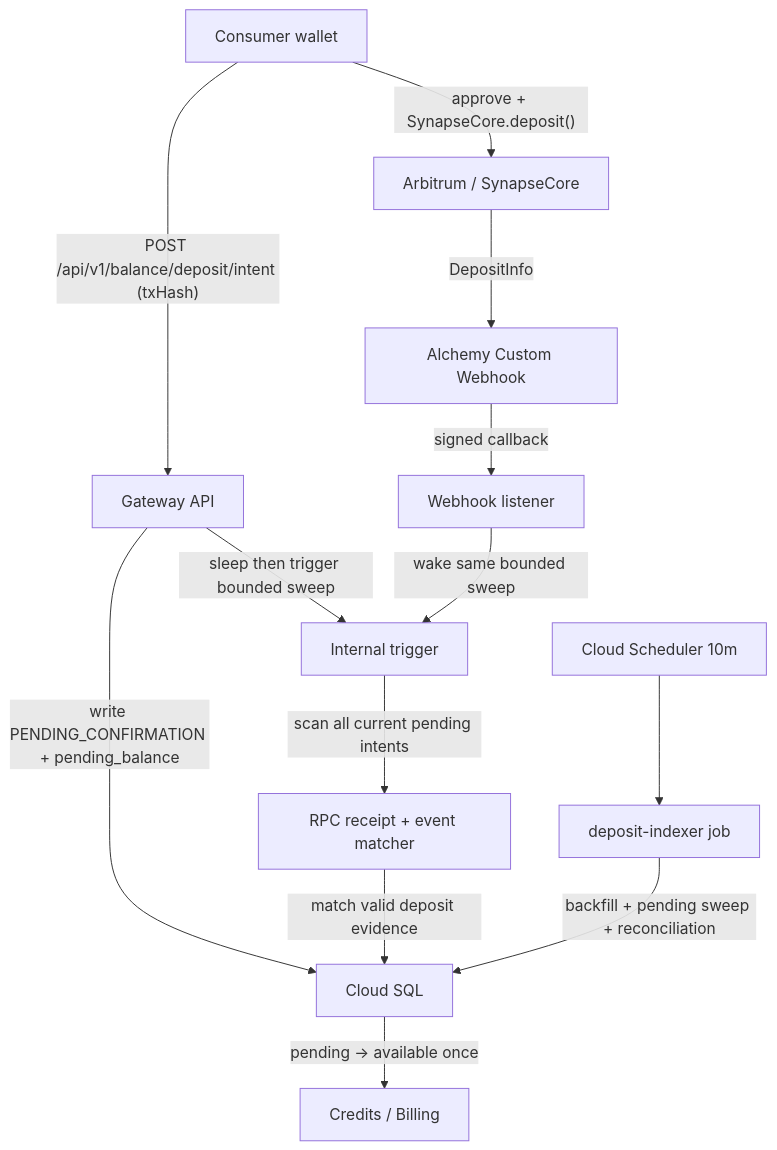
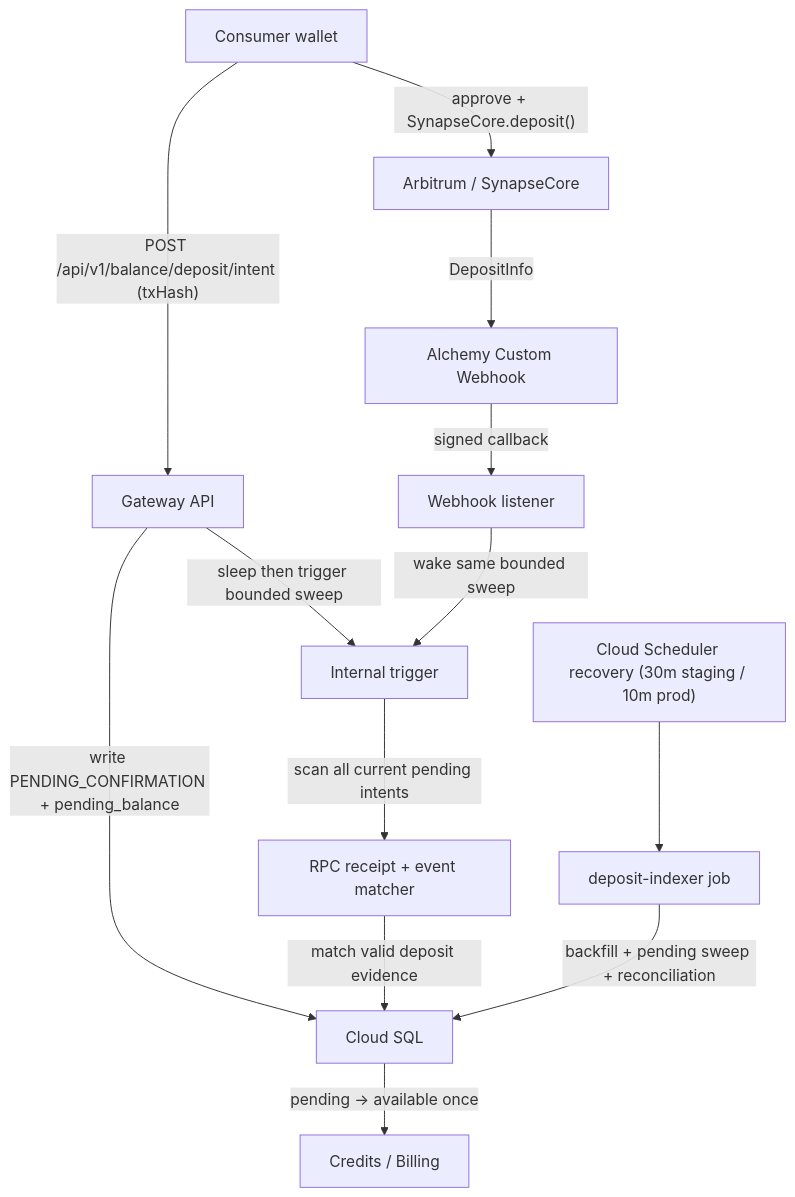
The second of 2 diagrams in docs/architecture/workflows/01_Deposit_and_Idempotency.md (SynapseNetworkAI/Synapse-Network), drawn with Mermaid before and after one commit. The commit also changed 13 other files, not shown here.

````diff
--- a/docs/architecture/workflows/01_Deposit_and_Idempotency.md
+++ b/docs/architecture/workflows/01_Deposit_and_Idempotency.md
@@ -342,15 +342,15 @@
 ```mermaid
 flowchart TD
     A["Consumer wallet"] -->|"approve + SynapseCore.deposit()"| B["Arbitrum / SynapseCore"]
     A -->|"POST /api/v1/balance/deposit/intent (txHash)"| C["Gateway API"]
     C -->|"write PENDING_CONFIRMATION + pending_balance"| D["Cloud SQL"]
     C -->|"sleep then trigger bounded sweep"| E["Internal trigger"]
     B -->|"DepositInfo"| F["Alchemy Custom Webhook"]
     F -->|"signed callback"| G["Webhook listener"]
     G -->|"wake same bounded sweep"| E
     E -->|"scan all current pending intents"| H["RPC receipt + event matcher"]
     H -->|"match valid deposit evidence"| D
     D -->|"pending -> available once"| I["Credits / Billing"]
-    J["Cloud Scheduler 10m"] --> K["deposit-indexer job"]
+    J["Cloud Scheduler recovery (30m staging / 10m prod)"] --> K["deposit-indexer job"]
     K -->|"backfill + pending sweep + reconciliation"| D
 ```
````
